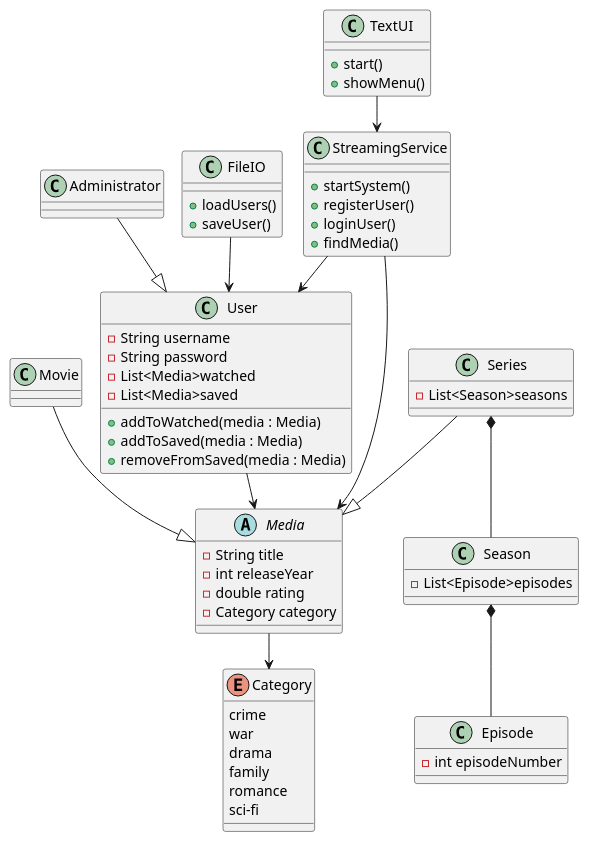
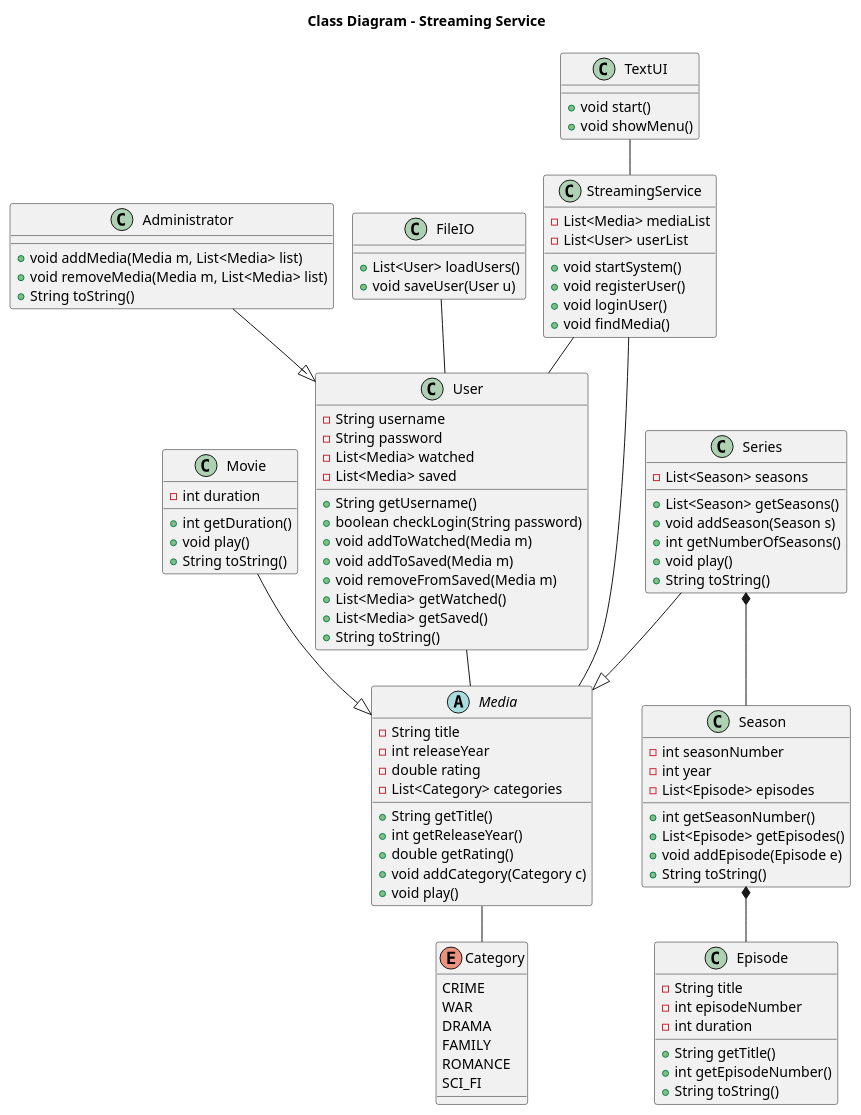
The diagram in doc/static/klassediagram.puml (BesimaP/SP3---Streaming---Tjeneste), drawn with PlantUML before and after one commit.

Commit message:
opdateret klassediagram

```diff
--- a/doc/static/klassediagram.puml
+++ b/doc/static/klassediagram.puml
@@ -1,80 +1,120 @@
 @startuml
 !pragma layout smetana
 
+title Class Diagram - Streaming Service
 
+' ===== Classes =====
 abstract class Media {
   - String title
   - int releaseYear
   - double rating
-  - Category category
+  - List<Category> categories
+  + String getTitle()
+  + int getReleaseYear()
+  + double getRating()
+  + void addCategory(Category c)
+  + void play()
 }
 
-class Movie
+class Movie {
+  - int duration
+  + int getDuration()
+  + void play()
+  + String toString()
+}
 
 class Series {
-  - List<Season>seasons
+  - List<Season> seasons
+  + List<Season> getSeasons()
+  + void addSeason(Season s)
+  + int getNumberOfSeasons()
+  + void play()
+  + String toString()
 }
 
 class Season {
-  - List<Episode>episodes
+  - int seasonNumber
+  - int year
+  - List<Episode> episodes
+  + int getSeasonNumber()
+  + List<Episode> getEpisodes()
+  + void addEpisode(Episode e)
+  + String toString()
 }
 
 class Episode {
+  - String title
   - int episodeNumber
+  - int duration
+  + String getTitle()
+  + int getEpisodeNumber()
+  + String toString()
+}
+
+enum Category {
+  CRIME
+  WAR
+  DRAMA
+  FAMILY
+  ROMANCE
+  SCI_FI
 }
 
 class User {
   - String username
   - String password
-  - List<Media>watched
-  - List<Media>saved
-
-  + addToWatched(media : Media)
-  + addToSaved(media : Media)
-  + removeFromSaved(media : Media)
+  - List<Media> watched
+  - List<Media> saved
+  + String getUsername()
+  + boolean checkLogin(String password)
+  + void addToWatched(Media m)
+  + void addToSaved(Media m)
+  + void removeFromSaved(Media m)
+  + List<Media> getWatched()
+  + List<Media> getSaved()
+  + String toString()
 }
 
-class Administrator
+class Administrator {
+  + void addMedia(Media m, List<Media> list)
+  + void removeMedia(Media m, List<Media> list)
+  + String toString()
+}
 
 class StreamingService {
-  + startSystem()
-  + registerUser()
-  + loginUser()
-  + findMedia()
+  - List<Media> mediaList
+  - List<User> userList
+  + void startSystem()
+  + void registerUser()
+  + void loginUser()
+  + void findMedia()
 }
 
 class FileIO {
-  + loadUsers()
-  + saveUser()
+  + List<User> loadUsers()
+  + void saveUser(User u)
 }
 
 class TextUI {
-  + start()
-  + showMenu()
+  + void start()
+  + void showMenu()
 }
 
-enum Category {
-  crime
-  war
-  drama
-  family
-  romance
-  sci-fi
-}
-
+'Inheritance
 Movie --|> Media
 Series --|> Media
 Administrator --|> User
 
+'Composition
 Series *-- Season
 Season *-- Episode
-Media --> Category
 
-User --> Media
-StreamingService --> User
-StreamingService --> Media
-
-FileIO --> User
-TextUI --> StreamingService
+'Associations
+Media -- Category
+User -- Media
+StreamingService -- User
+StreamingService -- Media
+FileIO -- User
+TextUI -- StreamingService
 
 @enduml
```
